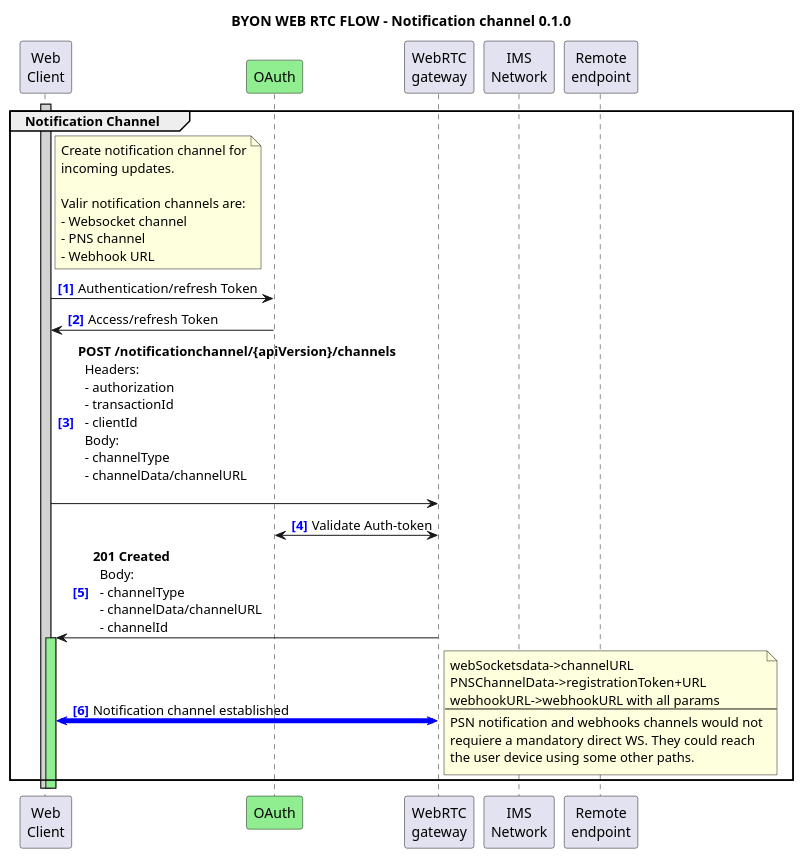
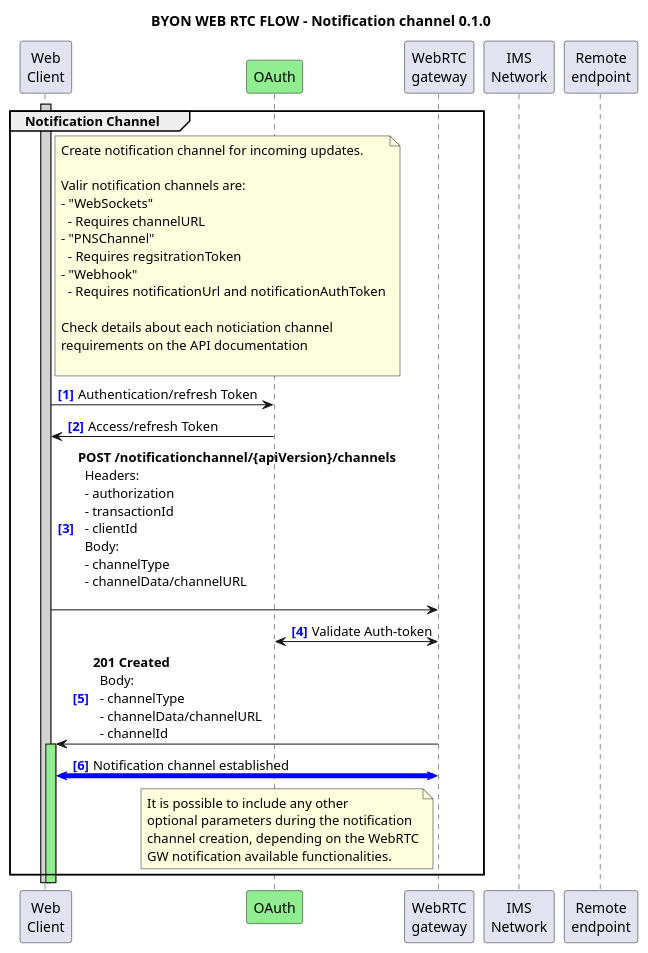
Before and after one commit to camaraproject/WebRTC: the diagram in documentation/API_documentation/FlowsBYON-NotificationChannel.wsd, drawn with PlantUML. The commit also changed 1 other file, not shown here.

Commit message:
task(doc): Improves notes on notification channels

```diff
--- a/documentation/API_documentation/FlowsBYON-NotificationChannel.wsd
+++ b/documentation/API_documentation/FlowsBYON-NotificationChannel.wsd
@@ -1,76 +1,79 @@
 @startuml BYON NotificationChannel 0.1.0
 
 title "BYON WEB RTC FLOW - Notification channel 0.1.0"
 autonumber "<font color=blue><b>[0]"
 
 <style>
 .audioStyle {
   arrow {
     LineColor red
     LineThickness 5
   }
 }
 .wsStyle {
   arrow {
     LineColor blue
     LineThickness 5
   }
 }
 </style>
 
 'participant "Notification\nclient" as WebClient
 participant "Web\nClient" as WebClient
 participant OAuth #LightGreen
 participant "WebRTC\ngateway" as WebRTC_GW
 participant "IMS\nNetwork" as IMS_Network
 participant "Remote\nendpoint" as RemoteEndpoint
 
 ' --- Notification Channel 
 group Notification Channel 
 note right WebClient
-  Create notification channel for
-  incoming updates.
+  Create notification channel for incoming updates.
   
   Valir notification channels are:
-  - Websocket channel
-  - PNS channel
-  - Webhook URL
+  - "WebSockets"
+    - Requires channelURL
+  - "PNSChannel"
+    - Requires regsitrationToken
+  - "Webhook"
+    - Requires notificationUrl and notificationAuthToken
+
+  Check details about each noticiation channel
+  requirements on the API documentation
+
 end note
 
 activate WebClient #LightGray
 
 WebClient -> OAuth: Authentication/refresh Token
 OAuth -> WebClient: Access/refresh Token
   
 WebClient -> WebRTC_GW: **POST /notificationchannel/{apiVersion}/channels** \n\
   Headers:\n\
   - authorization\n\
   - transactionId\n\
   - clientId\n\
   Body:\n\
   - channelType\n\
   - channelData/channelURL\n\
 
 WebRTC_GW <-> OAuth: Validate Auth-token
 
 WebRTC_GW -> WebClient: **201 Created**\n\
   Body:\n\
   - channelType\n\
   - channelData/channelURL\n\
   - channelId
 
 activate WebClient #LightGreen
 
 WebClient <-> WebRTC_GW <<wsStyle>>: Notification channel established
-note right 
-  webSocketsdata->channelURL
-  PNSChannelData->registrationToken+URL
-  webhookURL->webhookURL with all params
-  --
-  PSN notification and webhooks channels would not
-  requiere a mandatory direct WS. They could reach
-  the user device using some other paths.
+note left WebRTC_GW
+  It is possible to include any other
+  optional parameters during the notification
+  channel creation, depending on the WebRTC
+  GW notification available functionalities.
 end note
 end
 
 @enduml
```
